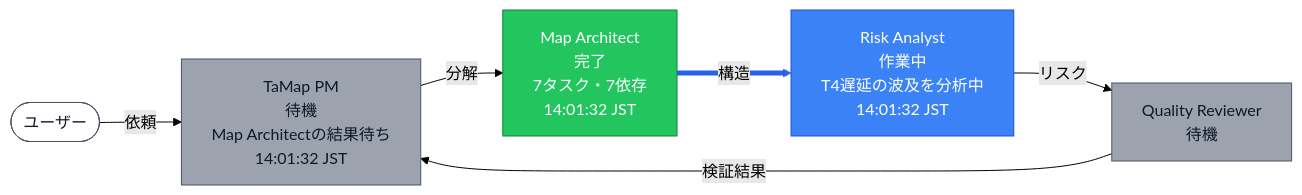
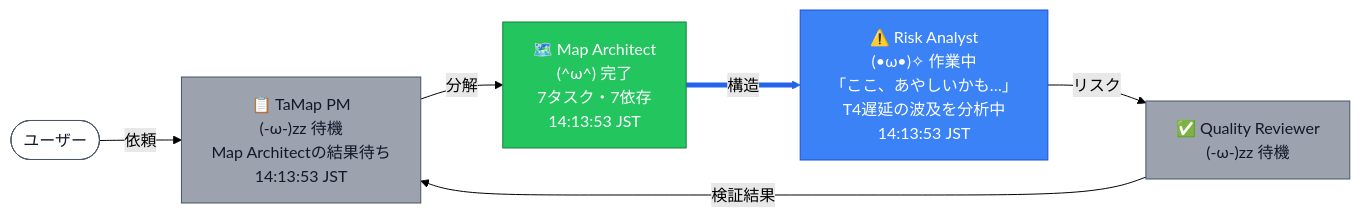
One commit to nekomario28/tamap changed the sixth of 11 diagrams in docs/sample_output.md. Above: the diagram before and after it, drawn with Mermaid (forest theme). The commit also changed other lines of this file and 8 other files, not shown here.

````diff
--- a/docs/sample_output.md
+++ b/docs/sample_output.md
@@ -183,23 +183,23 @@
 ```mermaid
 flowchart LR
   U(["ユーザー"])
-  PM["TaMap PM<br>待機<br>Map Architectの結果待ち<br>14:01:32 JST"]
-  MA["Map Architect<br>完了<br>7タスク・7依存<br>14:01:32 JST"]
-  RA["Risk Analyst<br>作業中<br>T4遅延の波及を分析中<br>14:01:32 JST"]
-  QR["Quality Reviewer<br>待機"]
+  PM["📋 TaMap PM<br>(-ω-)zz 待機<br>Map Architectの結果待ち<br>14:13:53 JST"]
+  MA["🗺️ Map Architect<br>(^ω^) 完了<br>7タスク・7依存<br>14:13:53 JST"]
+  RA["⚠️ Risk Analyst<br>(•ω•)✧ 作業中<br>「ここ、あやしいかも…」<br>T4遅延の波及を分析中<br>14:13:53 JST"]
+  QR["✅ Quality Reviewer<br>(-ω-)zz 待機"]
   U -- 依頼 --> PM
   PM -- 分解 --> MA
   MA -- 構造 --> RA
   RA -- リスク --> QR
   QR -- 検証結果 --> PM
   classDef idle fill:#9ca3af,stroke:#4b5563,color:#111827
   classDef working fill:#3b82f6,stroke:#1d4ed8,color:#ffffff
   classDef done fill:#22c55e,stroke:#15803d,color:#ffffff
   classDef error fill:#ef4444,stroke:#991b1b,color:#ffffff
   classDef user fill:#ffffff,stroke:#4b5563,color:#111827
   class U user
   class PM,QR idle
   class MA done
   class RA working
   linkStyle 2 stroke:#2563eb,stroke-width:5px
 ```
````
